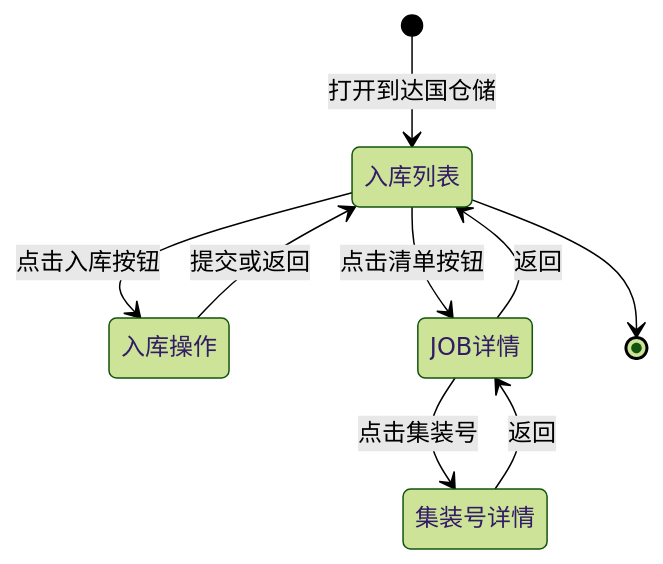
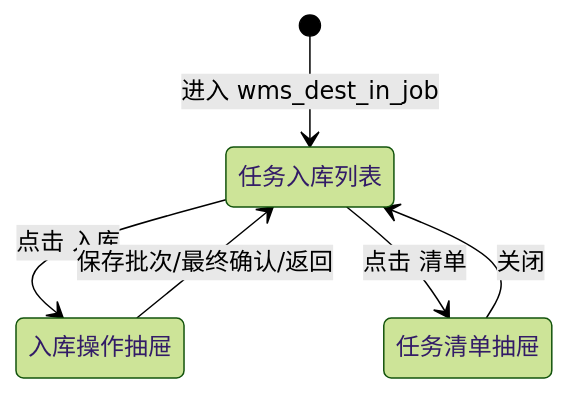
The second of 7 diagrams in .kiro/specs/dest-warehouse-mgmt/design.md (Yitiaoyu686/logistics-app), drawn with Mermaid (forest theme) before and after one commit. The commit also changed other lines of this file and 14 other files, not shown here.

````diff
--- a/.kiro/specs/dest-warehouse-mgmt/design.md
+++ b/.kiro/specs/dest-warehouse-mgmt/design.md
@@ -104,11 +95,8 @@
 ```mermaid
 stateDiagram-v2
-    [*] --> 入库列表: 打开到达国仓储
-    入库列表 --> 入库操作: 点击入库按钮
-    入库列表 --> JOB详情: 点击清单按钮
-    JOB详情 --> 集装号详情: 点击集装号
-    集装号详情 --> JOB详情: 返回
-    JOB详情 --> 入库列表: 返回
-    入库操作 --> 入库列表: 提交或返回
-    入库列表 --> [*]
+    [*] --> 任务入库列表: 进入 wms_dest_in_job
+    任务入库列表 --> 入库操作抽屉: 点击 入库
+    任务入库列表 --> 任务清单抽屉: 点击 清单
+    入库操作抽屉 --> 任务入库列表: 保存批次/最终确认/返回
+    任务清单抽屉 --> 任务入库列表: 关闭
 ```
````
